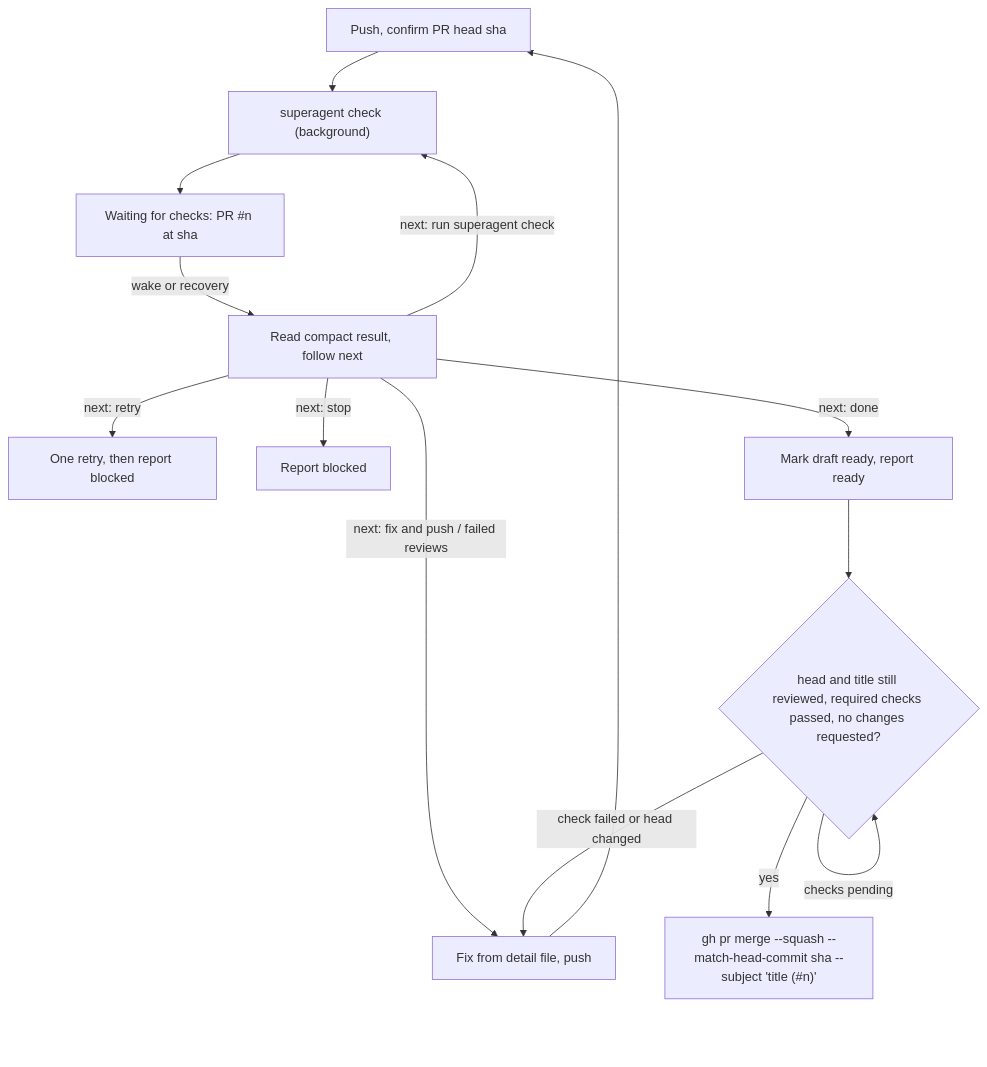
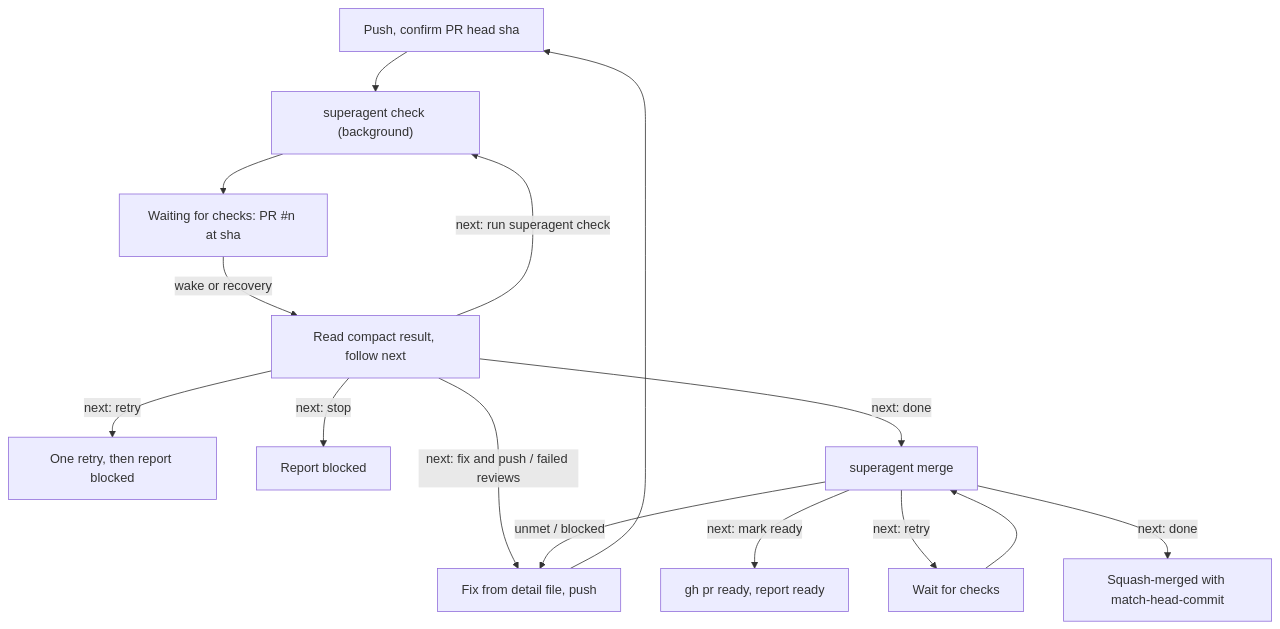
The first of 2 diagrams in README.md (ForkbombEu/superagent), drawn with Mermaid before and after one commit. The commit also changed other lines of this file and 5 other files, not shown here.

First line of the commit message:
feat(checks): squash-merge via superagent merge and shrink Delivery

````diff
--- a/README.md
+++ b/README.md
@@ -132,16 +134,17 @@
 ```mermaid
 flowchart TD
   A[Push, confirm PR head sha] --> B["superagent check (background)"]
   B --> W["Waiting for checks: PR #n at sha"]
   W -->|wake or recovery| B2[Read compact result, follow next]
   B2 -->|next: fix and push / failed reviews| C[Fix from detail file, push]
   C --> A
   B2 -->|next: run superagent check| B
   B2 -->|next: retry| D[One retry, then report blocked]
   B2 -->|next: stop| X[Report blocked]
-  B2 -->|next: done| E[Mark draft ready, report ready]
-  E --> F{head and title still reviewed, required checks passed, no changes requested?}
-  F -->|checks pending| F
-  F -->|check failed or head changed| C
-  F -->|yes| G["gh pr merge --squash --match-head-commit sha --subject 'title (#n)'"]
+  B2 -->|next: done| E["superagent merge"]
+  E -->|next: mark ready| R[gh pr ready, report ready]
+  E -->|next: retry| F[Wait for checks]
+  F --> E
+  E -->|unmet / blocked| C
+  E -->|next: done| G[Squash-merged with match-head-commit]
 ```
````
